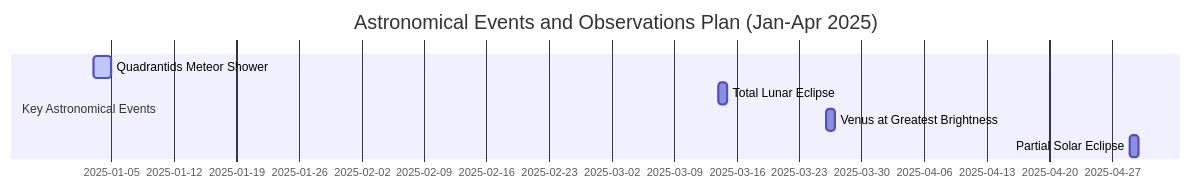
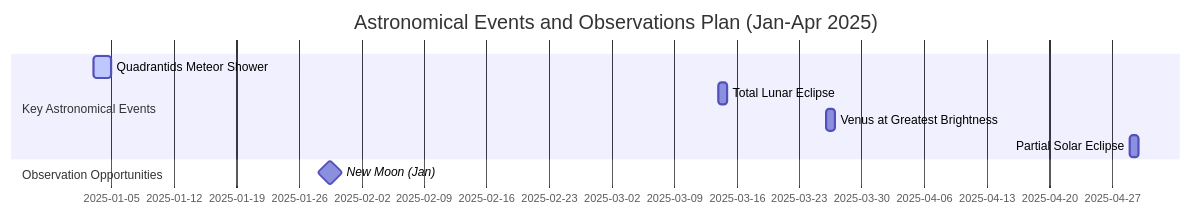
Before and after one commit to upyesp/aas: the diagram in slides/Slides.md, drawn with Mermaid.

Commit message:
milestone

```diff
--- a/slides/Slides.md
+++ b/slides/Slides.md
@@ -68,11 +68,12 @@
 <div class="mermaid">
 gantt
     title Astronomical Events and Observations Plan (Jan-Apr 2025)
     dateFormat YYYY-MM-DD
     section Key Astronomical Events
         Quadrantids Meteor Shower    :active, ev1, 2025-01-03, 2d
         Total Lunar Eclipse          :ev2, 2025-03-14, 1d
         Venus at Greatest Brightness :ev3, 2025-03-26, 1d
         Partial Solar Eclipse        :ev4, 2025-04-29, 1d
     section Observation Opportunities
+        New Moon (Jan)               :milestone, nm1, 2025-01-29, 1d
 </div>
```
